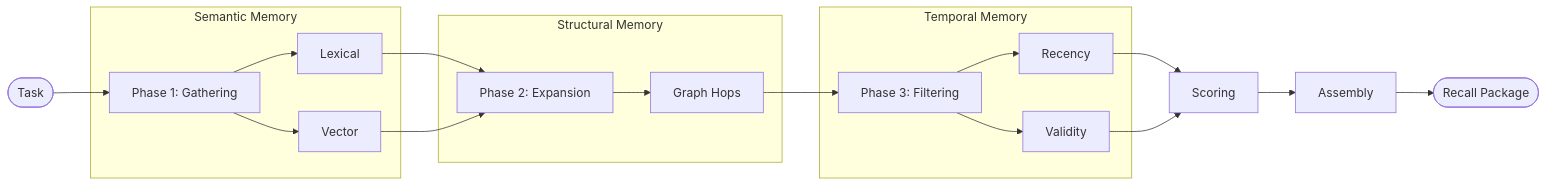
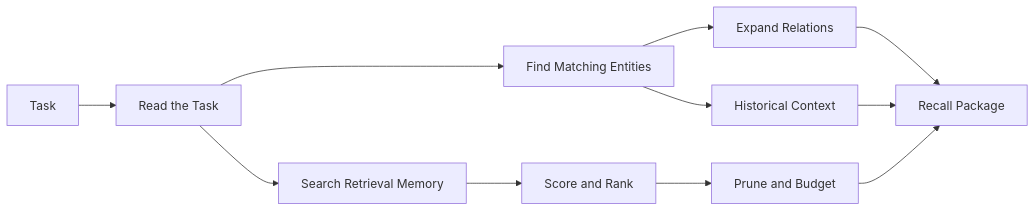
One commit to konteks/cli changed the diagram in docs/core-concepts/recall.md. Above: the diagram before and after it, drawn with Mermaid. The commit also changed other lines of this file and 3 other files, not shown here.

````diff
--- a/docs/core-concepts/recall.md
+++ b/docs/core-concepts/recall.md
@@ -16,26 +7,13 @@
 ```mermaid
 graph LR
-    Task([Task]) --> P1[Phase 1: Gathering]
-    
-    subgraph "Semantic Memory"
-    P1 --> Lexical[Lexical]
-    P1 --> Semantic[Vector]
-    end
-    
-    Lexical & Semantic --> P2[Phase 2: Expansion]
-    
-    subgraph "Structural Memory"
-    P2 --> Graph[Graph Hops]
-    end
-    
-    Graph --> P3[Phase 3: Filtering]
-    
-    subgraph "Temporal Memory"
-    P3 --> Recency[Recency]
-    P3 --> Validity[Validity]
-    end
-    
-    Recency & Validity --> Score[Scoring]
-    Score --> Assembly[Assembly]
-    Assembly --> Package([Recall Package])
+    Task[Task] --> Terms[Read the Task]
+    Terms --> Retrieval[Search Retrieval Memory]
+    Retrieval --> Score[Score and Rank]
+    Terms --> Entities[Find Matching Entities]
+    Entities --> Graph[Expand Relations]
+    Entities --> History[Historical Context]
+    Score --> Prune[Prune and Budget]
+    Graph --> Package[Recall Package]
+    History --> Package
+    Prune --> Package
 ```
````
